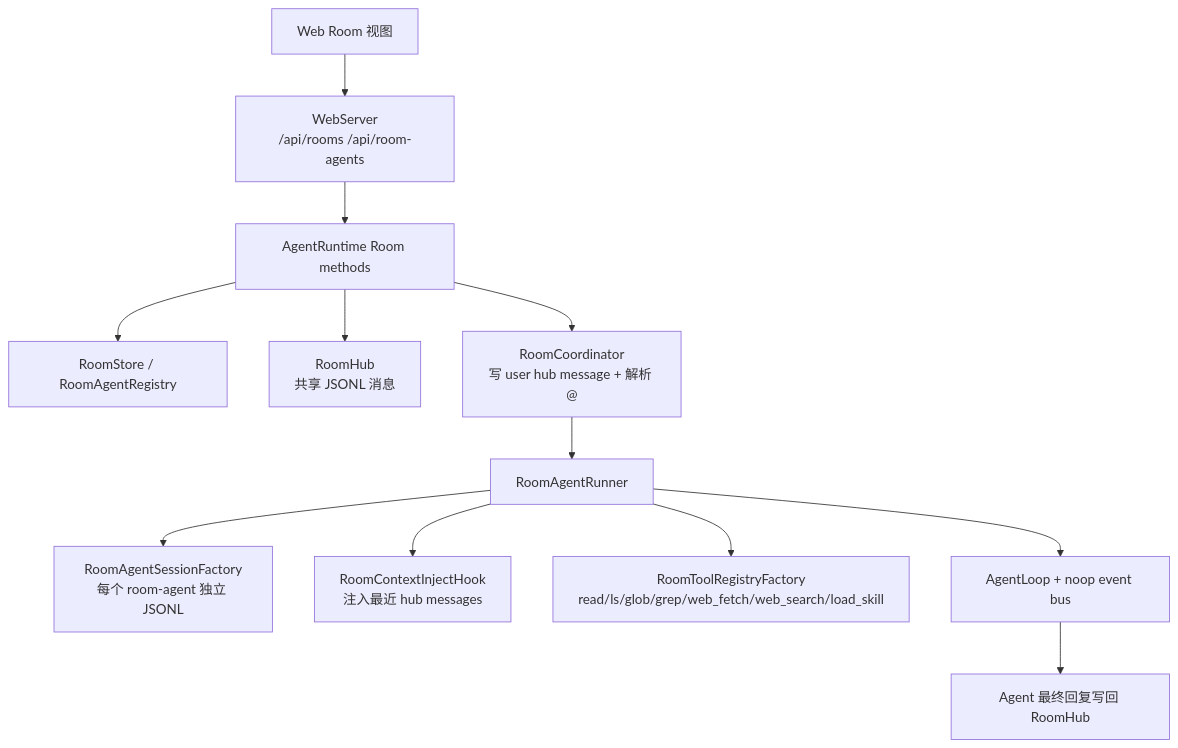
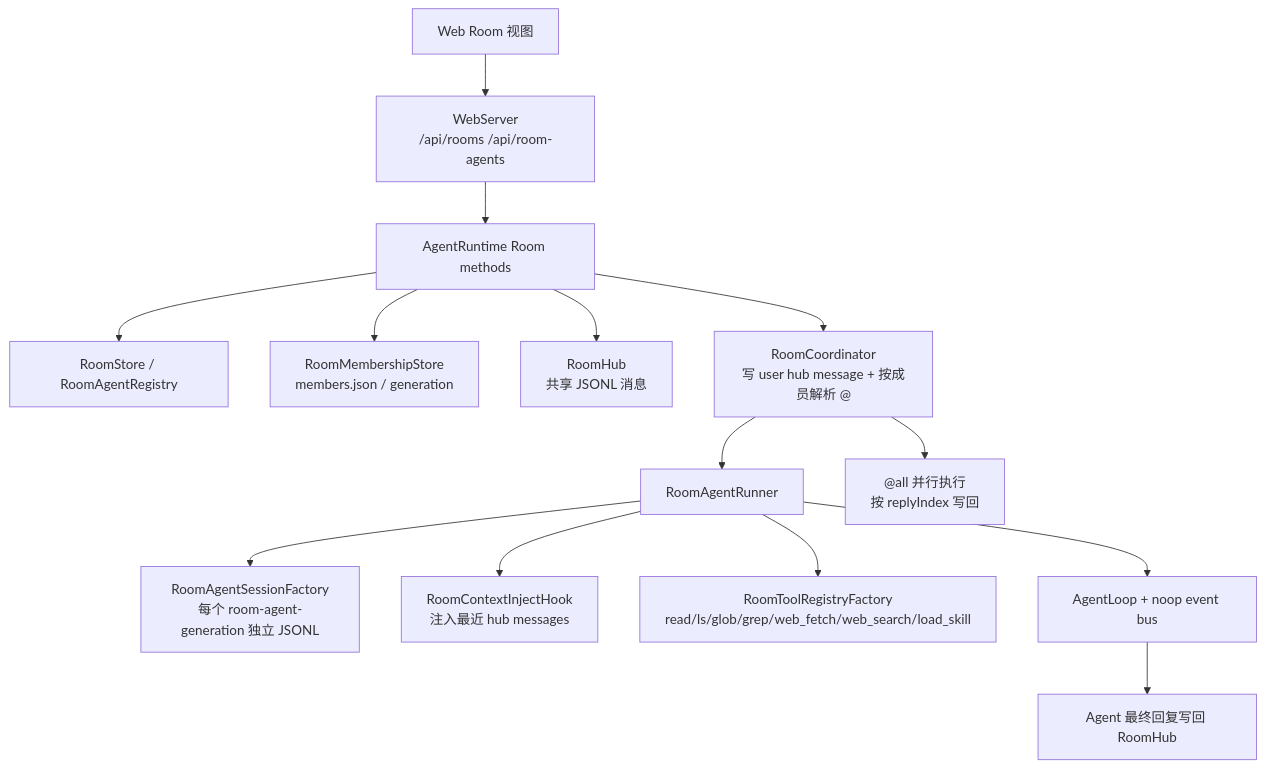
The fifth of 6 diagrams in docs/ai-readme/generated/architecture.md (yangzhb-cn/aster), drawn with Mermaid before and after one commit. The commit also changed other lines of this file and 25 other files, not shown here.

````diff
--- a/docs/ai-readme/generated/architecture.md
+++ b/docs/ai-readme/generated/architecture.md
@@ -126,14 +126,16 @@
 ```mermaid
 flowchart TD
     WebRoom["Web Room 视图"] --> WebApi["WebServer\n/api/rooms /api/room-agents"]
     WebApi --> RuntimeRoom["AgentRuntime Room methods"]
     RuntimeRoom --> Store["RoomStore / RoomAgentRegistry"]
+    RuntimeRoom --> Members["RoomMembershipStore\nmembers.json / generation"]
     RuntimeRoom --> Hub["RoomHub\n共享 JSONL 消息"]
-    RuntimeRoom --> Coordinator["RoomCoordinator\n写 user hub message + 解析 @"]
+    RuntimeRoom --> Coordinator["RoomCoordinator\n写 user hub message + 按成员解析 @"]
     Coordinator --> Runner["RoomAgentRunner"]
-    Runner --> PrivateSession["RoomAgentSessionFactory\n每个 room-agent 独立 JSONL"]
+    Coordinator --> Parallel["@all 并行执行\n按 replyIndex 写回"]
+    Runner --> PrivateSession["RoomAgentSessionFactory\n每个 room-agent-generation 独立 JSONL"]
     Runner --> Hook["RoomContextInjectHook\n注入最近 hub messages"]
     Runner --> Tools["RoomToolRegistryFactory\nread/ls/glob/grep/web_fetch/web_search/load_skill"]
     Runner --> Loop["AgentLoop + noop event bus"]
     Loop --> HubReply["Agent 最终回复写回 RoomHub"]
 ```
````
